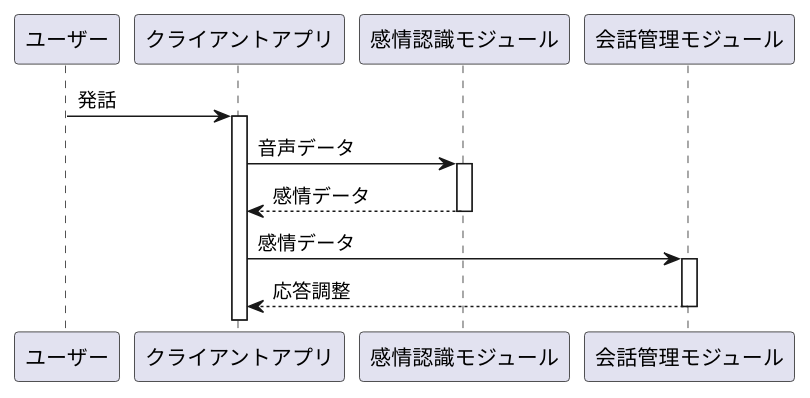
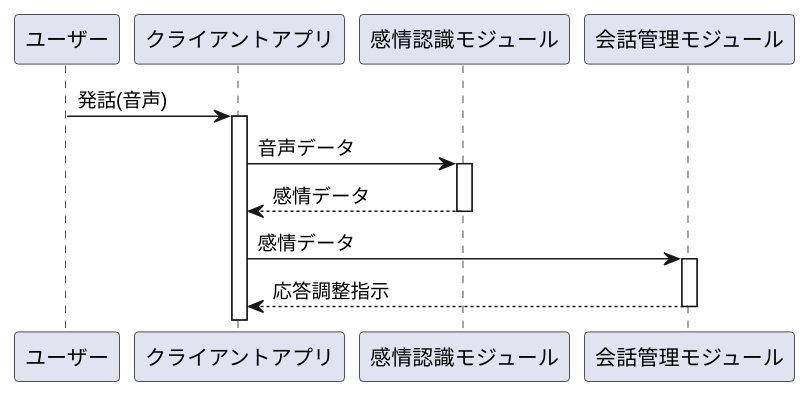
The third of 4 diagrams in doc/detailed_design.md (t012093/ar-character-ai), drawn with PlantUML before and after one commit. The commit also changed other lines of this file and 2 other files, not shown here.

````diff
--- a/doc/detailed_design.md
+++ b/doc/detailed_design.md
@@ -253,19 +282,19 @@
 ```plantuml
 @startuml
 participant ユーザー as User
 participant クライアントアプリ as Client
 participant 感情認識モジュール as EmotionModule
 participant 会話管理モジュール as ConversationModule
 
-User -> Client : 発話
+User -> Client : 発話(音声)
 activate Client
 Client -> EmotionModule : 音声データ
 activate EmotionModule
 EmotionModule --> Client : 感情データ
 deactivate EmotionModule
 Client -> ConversationModule : 感情データ
 activate ConversationModule
-ConversationModule --> Client : 応答調整
+ConversationModule --> Client : 応答調整指示
 deactivate ConversationModule
 @enduml
 ```
````
